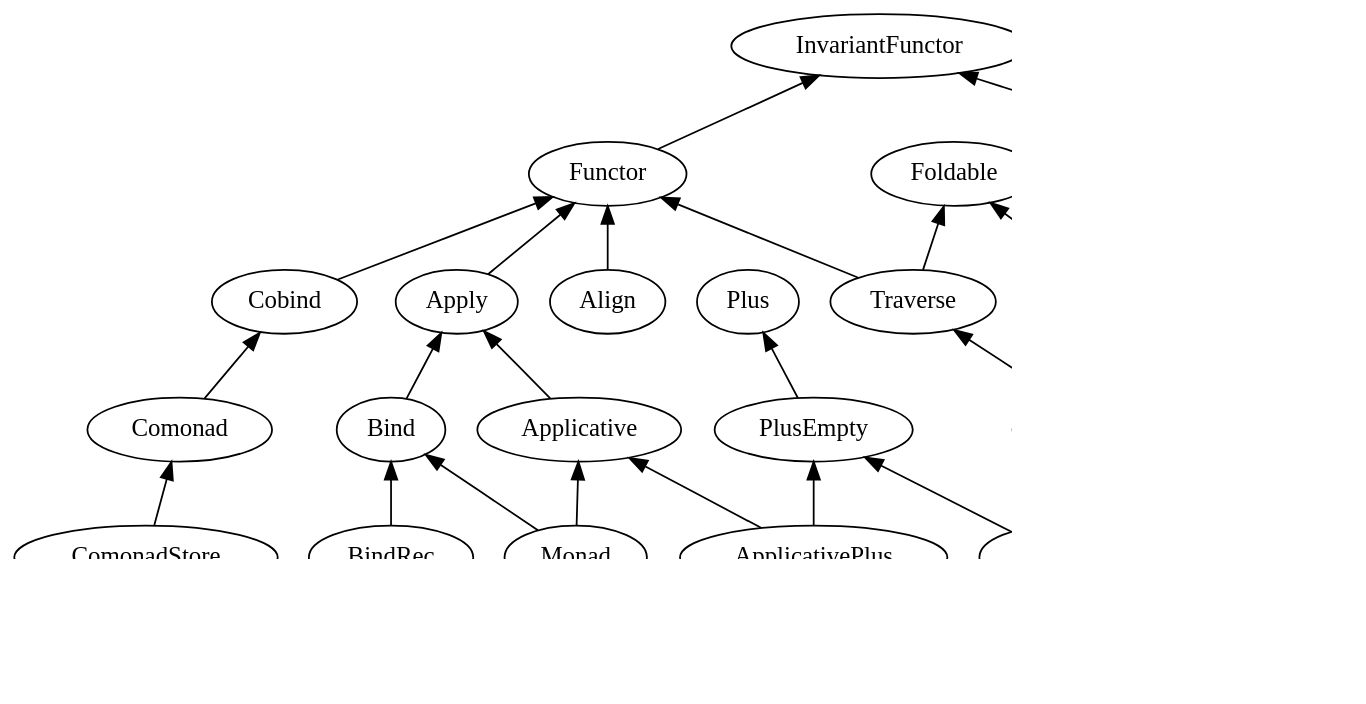
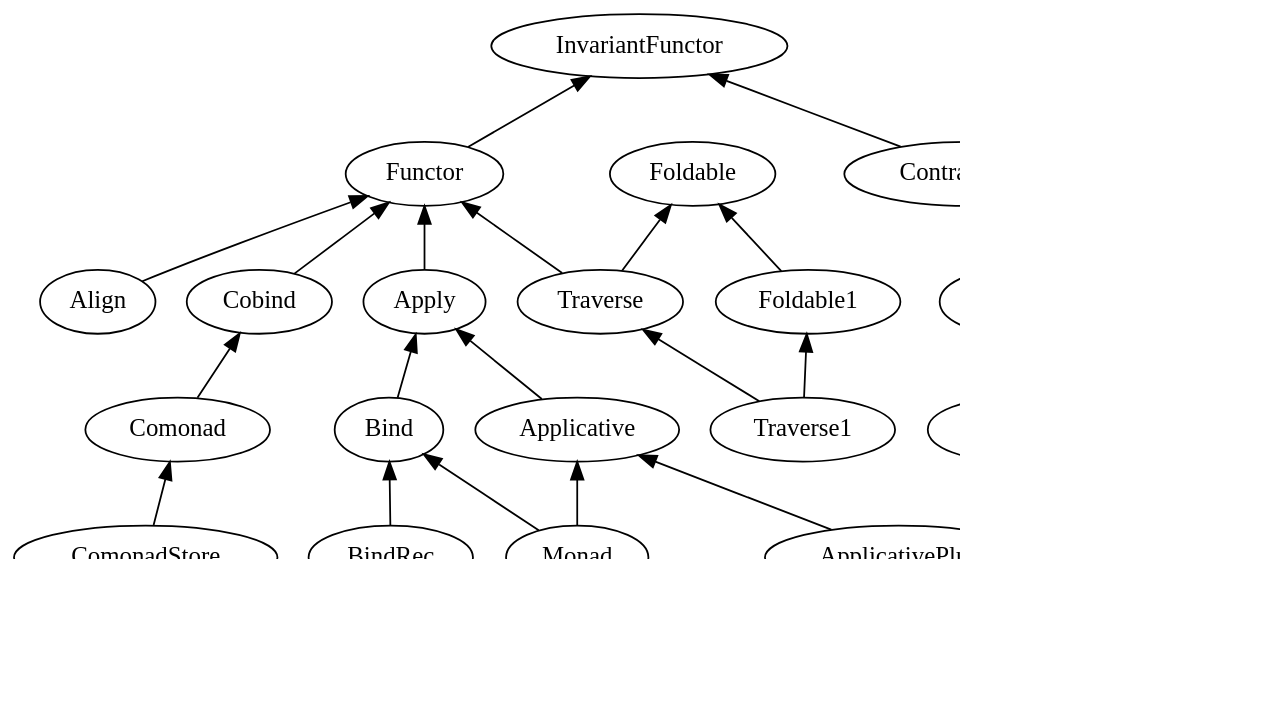
The second of 10 diagrams in manuscript/book.org (fommil/fpmortals), drawn with Graphviz before and after one commit. The commit also changed other lines of this file and 7 other files, not shown here.

Commit message:
improve the diagrams

```diff
--- a/manuscript/book.org
+++ b/manuscript/book.org
@@ -3040,42 +3040,45 @@
 #+BEGIN_SRC dot :file images/scalaz-core-tree.png :exports results
 digraph G {
     graph [dpi=100, rankdir=BT];
     node [fontname=Hack];
 
     subgraph {
+      Bind -> Apply;
+      BindRec -> Bind;
+
+      Contravariant -> InvariantFunctor;
       Functor -> InvariantFunctor;
+
+      Divide -> Contravariant;
+      Divisible -> Divide;
       Apply -> Functor;
       Applicative -> Apply;
-      Align -> Functor;
-      Bind -> Apply;
 
       Foldable1 -> Foldable;
       Traverse -> Functor;
       Traverse -> Foldable;
       Traverse1 -> Traverse;
       Traverse1 -> Foldable1;
 
+      Monad -> Applicative;
+
       "Advanced Monads" [style=dashed];
       "Advanced Monads" -> Monad;
 
-      Monad -> Applicative;
       Monad -> Bind;
 
-      Contravariant -> InvariantFunctor;
-      Divide -> Contravariant;
-      Divisible -> Divide;
       Cobind -> Functor;
       Comonad -> Cobind;
 
       PlusEmpty -> Plus;
       IsEmpty -> PlusEmpty;
 
       ApplicativePlus -> Applicative;
       ApplicativePlus -> PlusEmpty;
 
       ComonadStore -> Comonad;
 
-      BindRec -> Bind;
+      Align -> Functor;
     }
 }
 #+END_SRC
```
